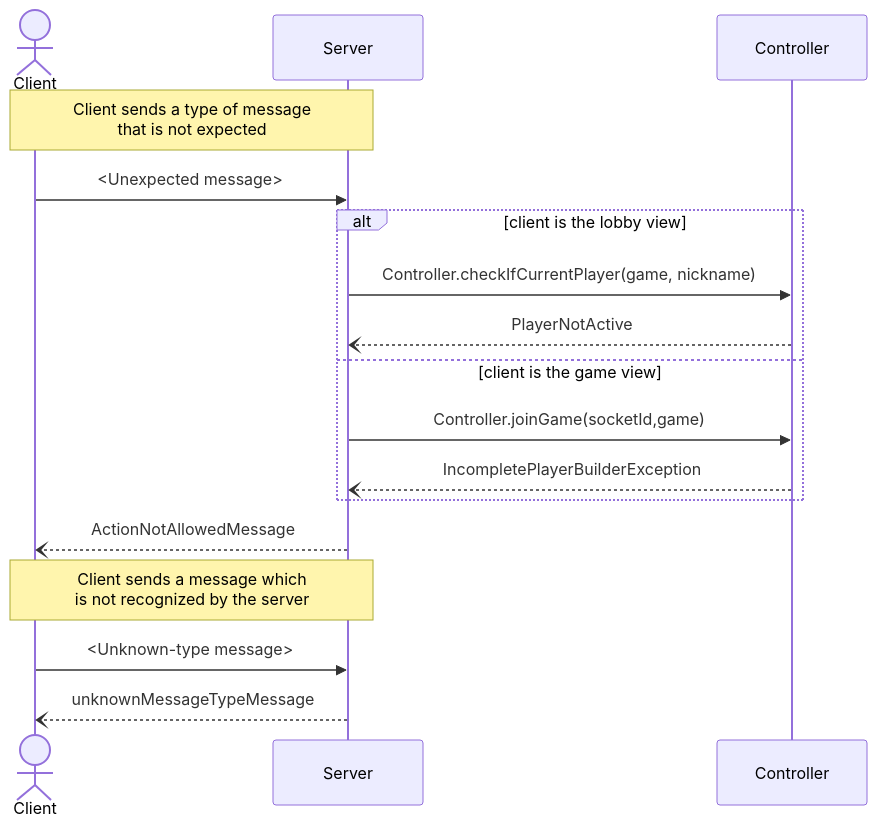
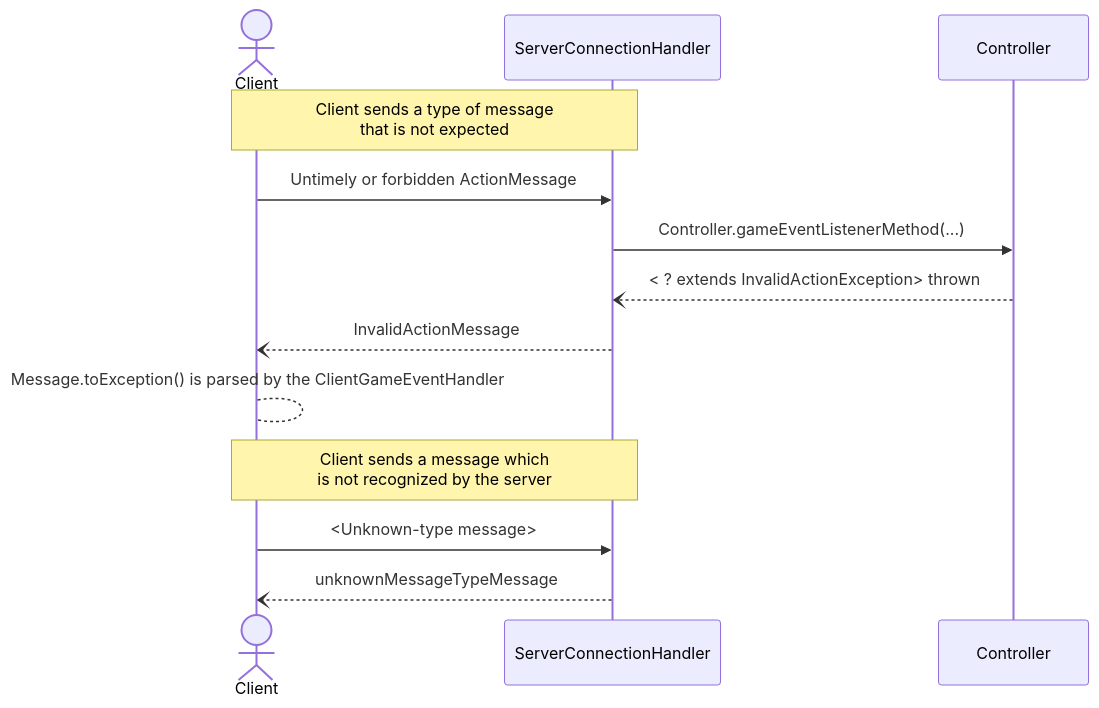
The third of 7 diagrams in documentation_wip/network_protocol.md (frephs/IS24-AM21), drawn with Mermaid before and after one commit. The commit also changed other lines of this file, not shown here.

Commit message:
fix: update disconnection flow, general message handling and invalid actions flow

````diff
--- a/documentation_wip/network_protocol.md
+++ b/documentation_wip/network_protocol.md
@@ -29,21 +81,17 @@
 ```mermaid
 sequenceDiagram
     actor Client
 
-    Note over Client,Server: Client sends a type of message <br> that is not expected 
-    Client ->> Server: <Unexpected message>
-    alt client is the lobby view
-    Server ->> Controller : Controller.checkIfCurrentPlayer(game, nickname)
-    Controller --) Server : PlayerNotActive
-
-    else client is the game view 
-    Server ->> Controller : Controller.joinGame(socketId,game)
-    Controller --) Server : IncompletePlayerBuilderException
-    end
-    Server --) Client: ActionNotAllowedMessage 
+    Note over Client,ServerConnectionHandler: Client sends a type of message <br> that is not expected 
+    Client ->> ServerConnectionHandler: Untimely or forbidden ActionMessage 
+ServerConnectionHandler ->> Controller : Controller.gameEventListenerMethod(...)
+    Controller --) ServerConnectionHandler : < ? extends InvalidActionException> thrown
+    ServerConnectionHandler --) Client : InvalidActionMessage
+    Client --> Client : Message.toException() is parsed by the ClientGameEventHandler
 
 
-    Note over Client,Server: Client sends a message which <br>is not recognized by the server
-    Client ->> Server: <Unknown-type message>
-    Server --)  Client : unknownMessageTypeMessage
+    
+    Note over Client,ServerConnectionHandler: Client sends a message which <br>is not recognized by the server
+    Client ->> ServerConnectionHandler: <Unknown-type message>
+    ServerConnectionHandler --)  Client : unknownMessageTypeMessage
 ```
````
